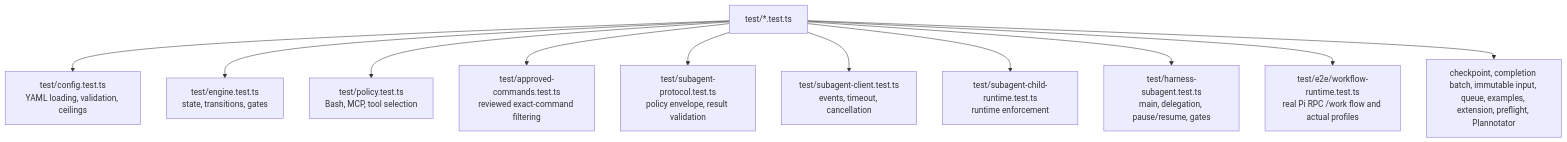
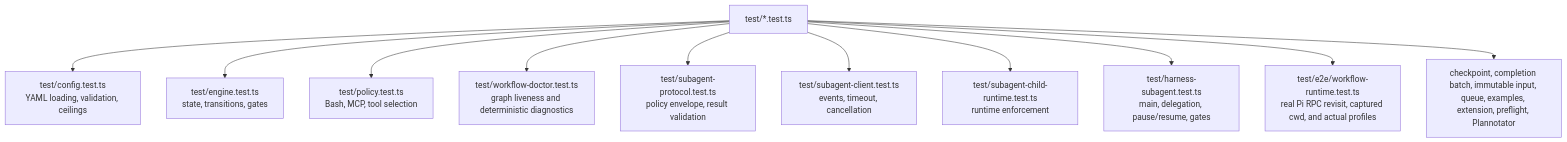
One commit to wichayutdew/pi-workflows changed the second of 5 diagrams in openwiki/development/testing.md. Above: the diagram before and after it, drawn with Mermaid. The commit also changed other lines of this file and 180 other files, not shown here.

````diff
--- a/openwiki/development/testing.md
+++ b/openwiki/development/testing.md
@@ -20,14 +23,14 @@
 ```mermaid
 flowchart TD
   Tests[test/*.test.ts]
   Tests --> Config[test/config.test.ts<br/>YAML loading, validation, ceilings]
   Tests --> Engine[test/engine.test.ts<br/>state, transitions, gates]
   Tests --> Policy[test/policy.test.ts<br/>Bash, MCP, tool selection]
-  Tests --> Approved[test/approved-commands.test.ts<br/>reviewed exact-command filtering]
+  Tests --> Doctor[test/workflow-doctor.test.ts<br/>graph liveness and deterministic diagnostics]
   Tests --> Protocol[test/subagent-protocol.test.ts<br/>policy envelope, result validation]
   Tests --> Client[test/subagent-client.test.ts<br/>events, timeout, cancellation]
   Tests --> Child[test/subagent-child-runtime.test.ts<br/>runtime enforcement]
   Tests --> Harness[test/harness-subagent.test.ts<br/>main, delegation, pause/resume, gates]
-  Tests --> E2E[test/e2e/workflow-runtime.test.ts<br/>real Pi RPC /work flow and actual profiles]
+  Tests --> E2E[test/e2e/workflow-runtime.test.ts<br/>real Pi RPC revisit, captured cwd, and actual profiles]
   Tests --> Misc[checkpoint, completion batch, immutable input, queue, examples, extension, preflight, Plannotator]
 ```
````
